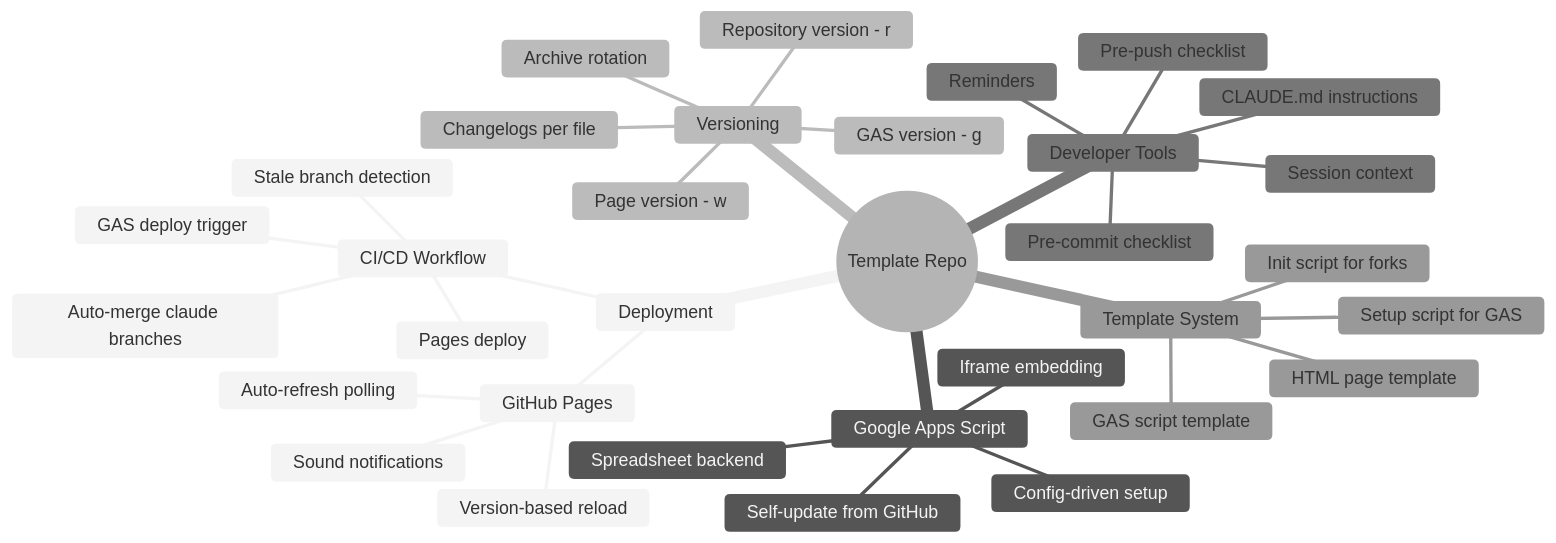
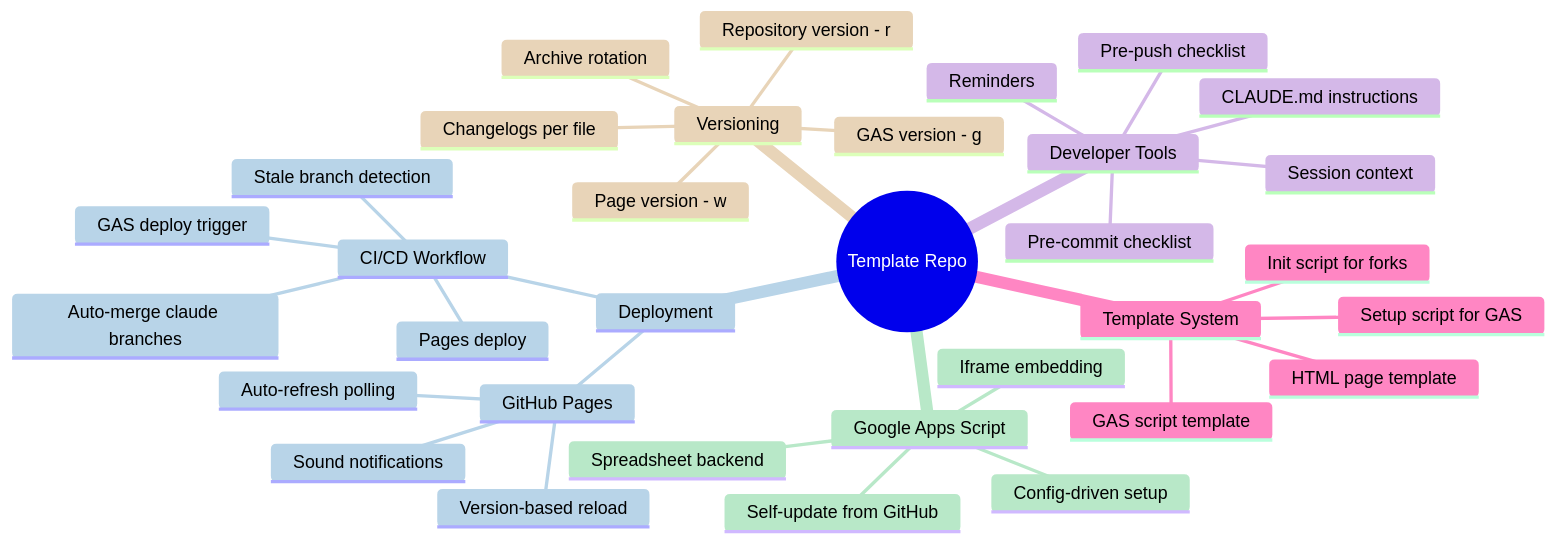
Before and after one commit to ShadowAISolutions/saistemplateprojectrepo: the fifth of 7 diagrams in repository-information/ARCHITECTURE.md, drawn with Mermaid. The commit also changed other lines of this file and 3 other files, not shown here.

First line of the commit message:
v01.67r Mindmap: custom pastel colors for dark-mode readability

````diff
--- a/repository-information/ARCHITECTURE.md
+++ b/repository-information/ARCHITECTURE.md
@@ -315,37 +315,37 @@
 ```mermaid
-%%{init: {'theme':'neutral'}}%%
+%%{init: {'theme':'default', 'themeVariables': {'cScale0': '#e8b4b8', 'cScale1': '#b8d4e8', 'cScale2': '#b8e8c8', 'cScale3': '#e8d4b8', 'cScale4': '#d4b8e8', 'cScaleLabel0': '#000', 'cScaleLabel1': '#000', 'cScaleLabel2': '#000', 'cScaleLabel3': '#000', 'cScaleLabel4': '#000'}}}%%
 mindmap
     root((Template Repo))
         Deployment
             GitHub Pages
                 Auto-refresh polling
                 Version-based reload
                 Sound notifications
             CI/CD Workflow
                 Auto-merge claude branches
                 Stale branch detection
                 Pages deploy
                 GAS deploy trigger
         Google Apps Script
             Self-update from GitHub
             Config-driven setup
             Spreadsheet backend
             Iframe embedding
         Versioning
             Repository version - r
             Page version - w
             GAS version - g
             Changelogs per file
             Archive rotation
         Developer Tools
             CLAUDE.md instructions
             Pre-commit checklist
             Pre-push checklist
             Session context
             Reminders
         Template System
             HTML page template
             GAS script template
             Init script for forks
             Setup script for GAS
 ```
````
